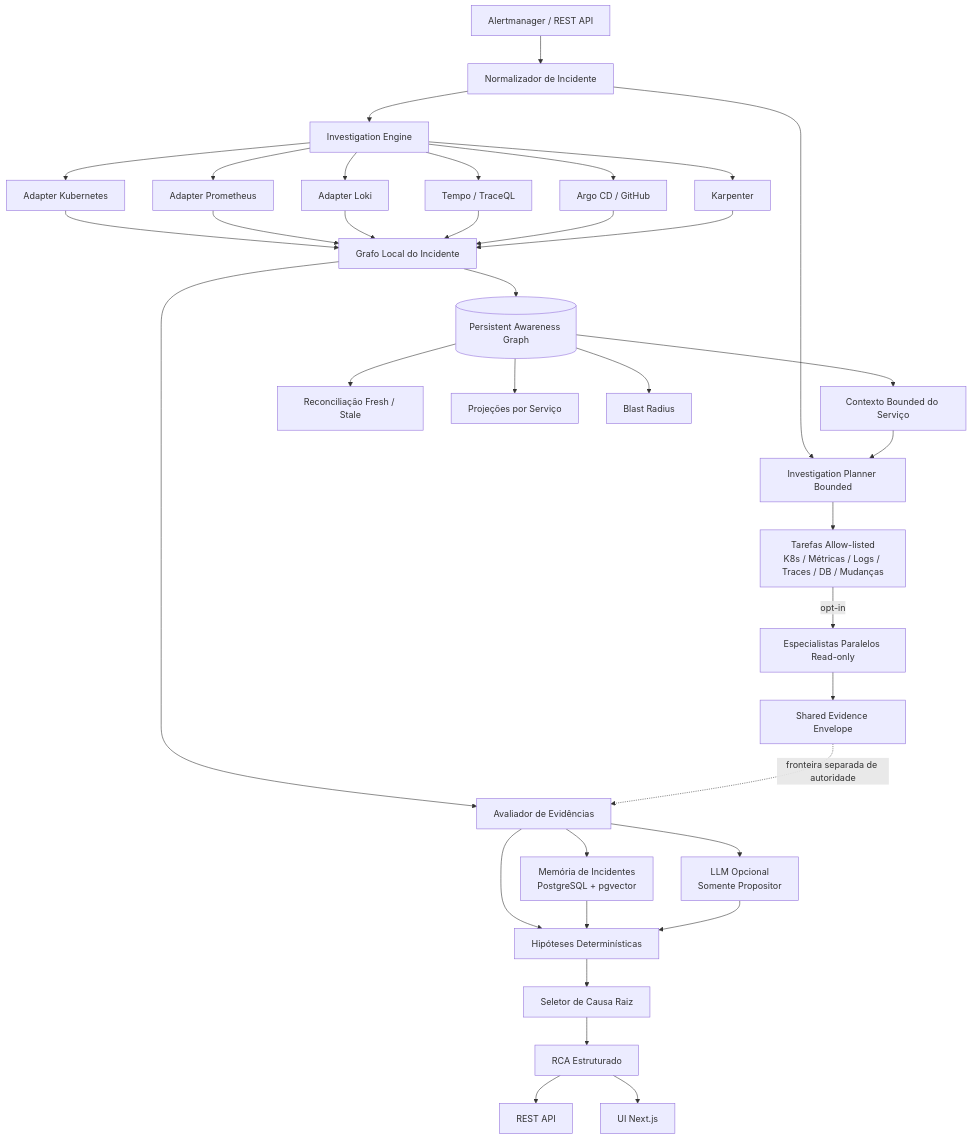
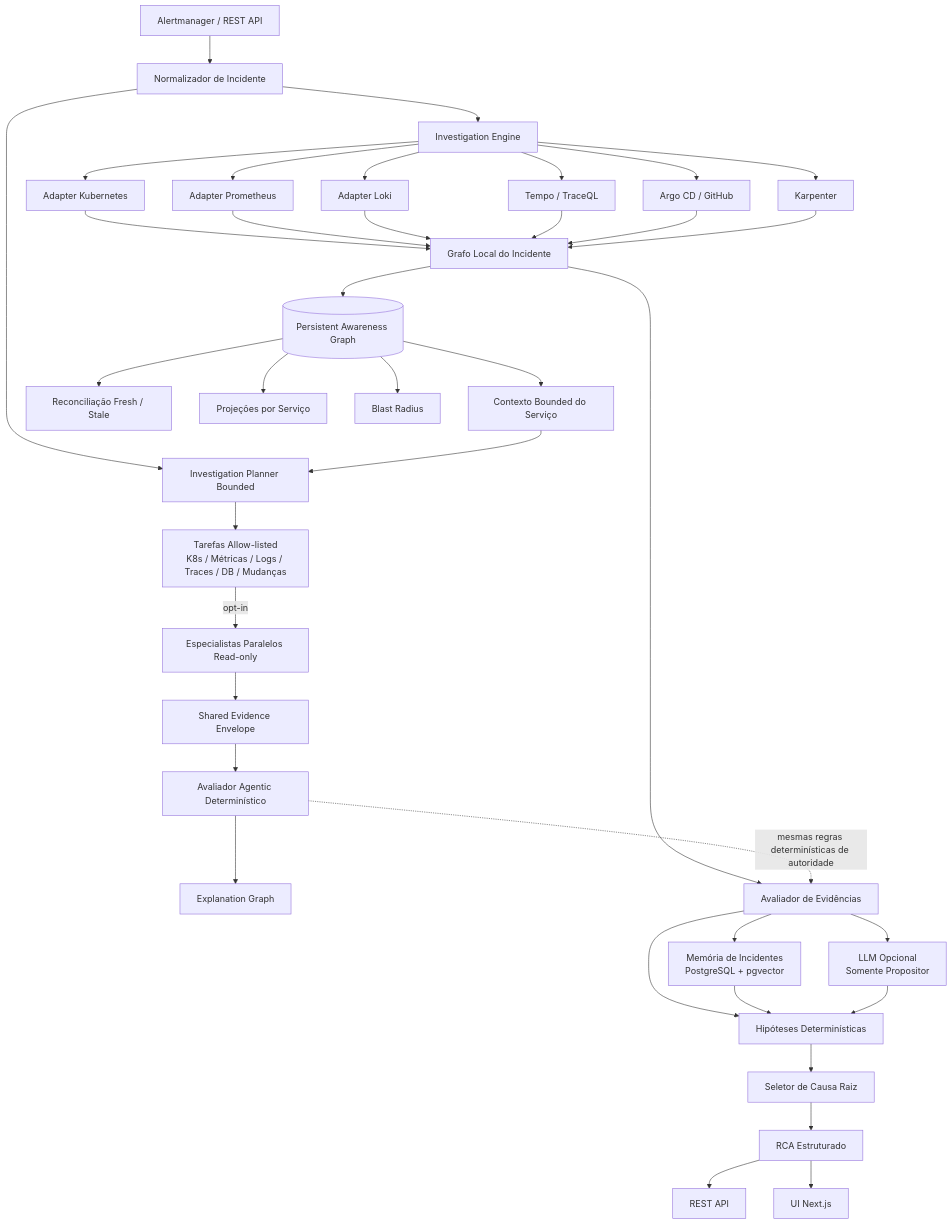
One commit to marcocristofolini/ai-sre-rca changed the first of 19 diagrams in docs/architecture.pt-BR.md. Above: the diagram before and after it, drawn with Mermaid. The commit also changed other lines of this file, not shown here.

Commit message:
docs: add shared envelope evaluator architecture pt-br

````diff
--- a/docs/architecture.pt-BR.md
+++ b/docs/architecture.pt-BR.md
@@ -7,43 +7,45 @@
 ```mermaid
 flowchart TD
     A[Alertmanager / REST API] --> N[Normalizador de Incidente]
     N --> PLAN[Investigation Planner Bounded]
     N --> I[Investigation Engine]
 
     PAG[(Persistent Awareness Graph)] --> CTX[Contexto Bounded do Serviço]
     CTX --> PLAN
     PLAN --> PT[Tarefas Allow-listed<br/>K8s / Métricas / Logs / Traces / DB / Mudanças]
     PT -->|opt-in| ORCH[Especialistas Paralelos Read-only]
     ORCH --> SE[Shared Evidence Envelope]
+    SE --> AE[Avaliador Agentic Determinístico]
+    AE --> XG[Explanation Graph]
 
     I --> K[Adapter Kubernetes]
     I --> P[Adapter Prometheus]
     I --> L[Adapter Loki]
     I --> T[Tempo / TraceQL]
     I --> AR[Argo CD / GitHub]
     I --> KA[Karpenter]
 
     K --> LG[Grafo Local do Incidente]
     P --> LG
     L --> LG
     T --> LG
     AR --> LG
     KA --> LG
 
     LG --> EV[Avaliador de Evidências]
-    SE -. fronteira separada de autoridade .-> EV
+    AE -. mesmas regras determinísticas de autoridade .-> EV
     LG --> PAG
     PAG --> REC[Reconciliação Fresh / Stale]
     PAG --> SV[Projeções por Serviço]
     PAG --> BR[Blast Radius]
 
     EV --> H[Hipóteses Determinísticas]
     EV --> MEM[Memória de Incidentes<br/>PostgreSQL + pgvector]
     EV --> LLM[LLM Opcional<br/>Somente Propositor]
     MEM --> H
     LLM --> H
     H --> RC[Seletor de Causa Raiz]
     RC --> RCA[RCA Estruturado]
     RCA --> API[REST API]
     RCA --> UI[UI Next.js]
 ```
````
